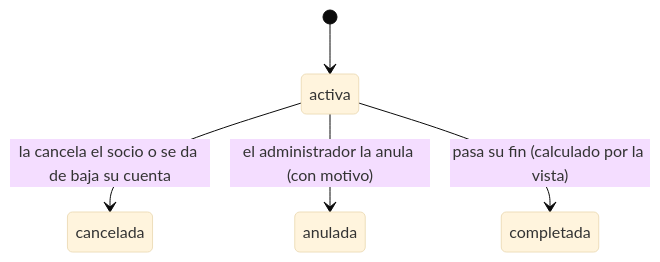
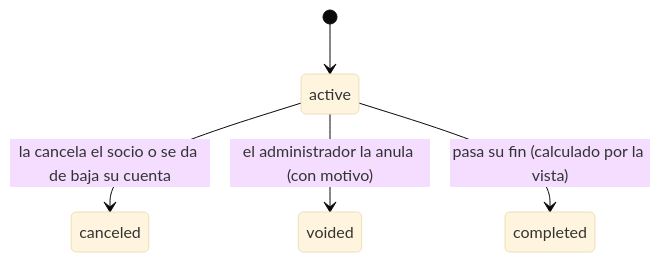
The second of 3 diagrams in docs/technical/modelo-de-datos.md (NahuelMosse/ClubNahuelMosse), drawn with Mermaid (base theme) before and after one commit. The commit also changed other lines of this file and 6 other files, not shown here.

````diff
--- a/docs/technical/modelo-de-datos.md
+++ b/docs/technical/modelo-de-datos.md
@@ -230,7 +231,7 @@
 ```mermaid
 stateDiagram-v2
-    [*] --> activa
-    activa --> cancelada: la cancela el socio o se da de baja su cuenta
-    activa --> anulada: el administrador la anula (con motivo)
-    activa --> completada: pasa su fin (calculado por la vista)
+    [*] --> active
+    active --> canceled: la cancela el socio o se da de baja su cuenta
+    active --> voided: el administrador la anula (con motivo)
+    active --> completed: pasa su fin (calculado por la vista)
 ```
````
